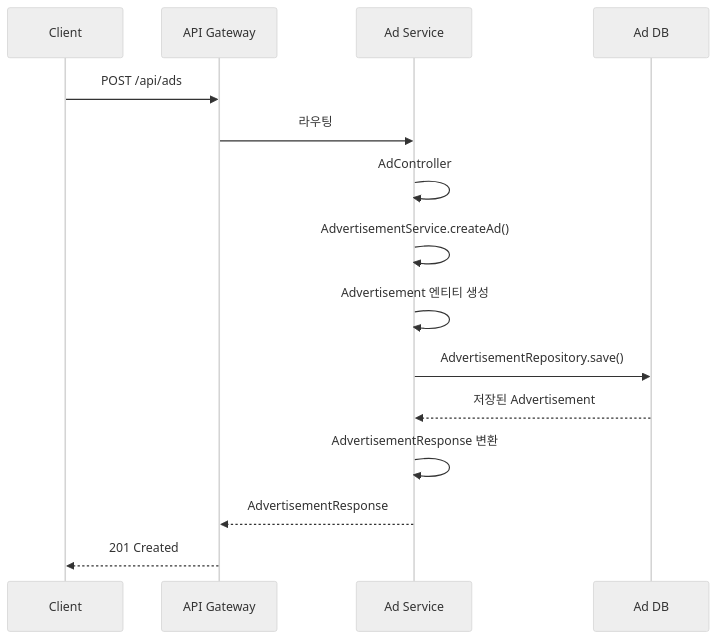
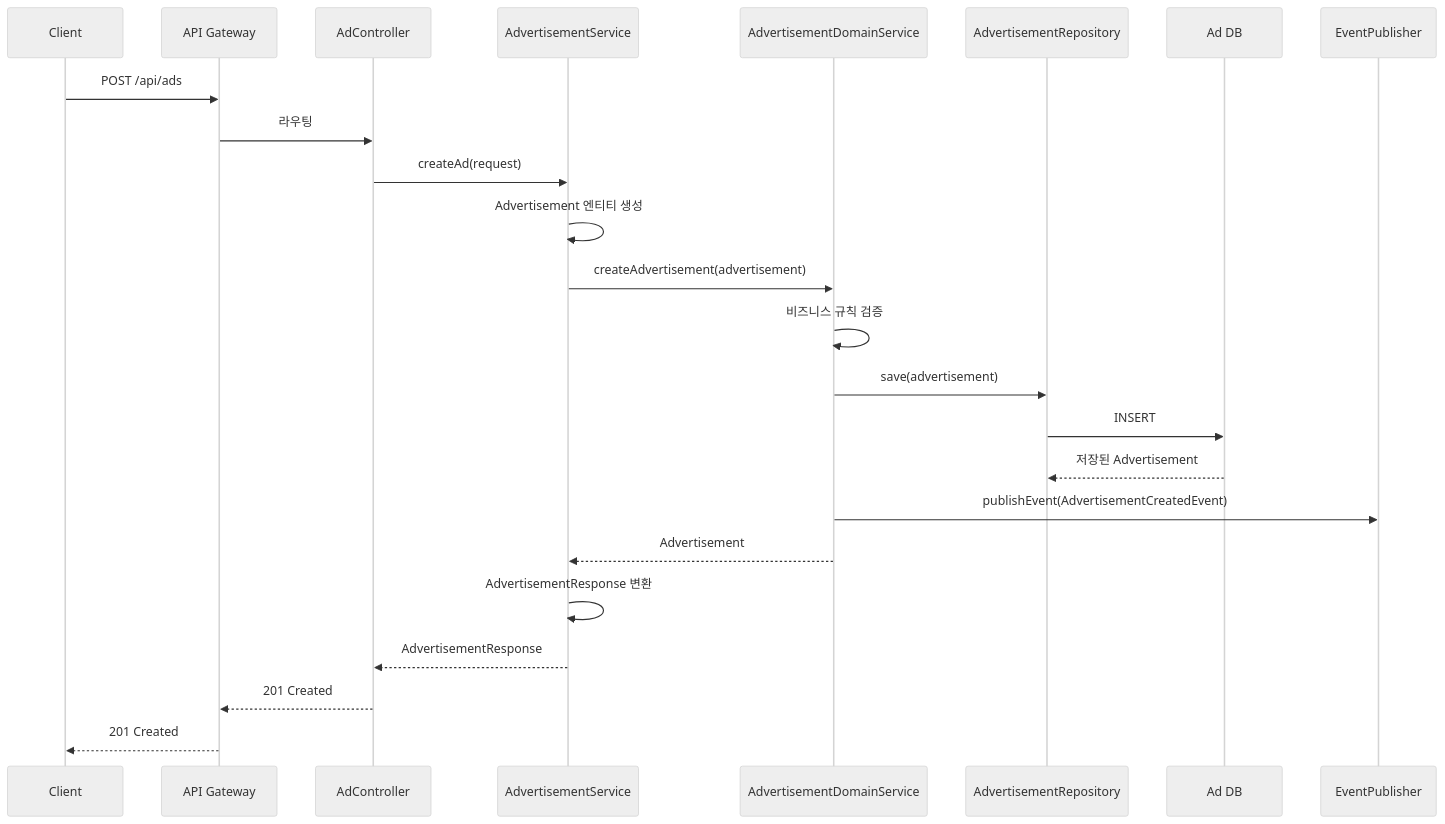
Before and after one commit to kmkmi/spring-msa-ddd: the seventh of 11 diagrams in README.md, drawn with Mermaid (neutral theme). The commit also changed other lines of this file and 55 other files, not shown here.

````diff
--- a/README.md
+++ b/README.md
@@ -301,18 +444,27 @@
 ```mermaid
 sequenceDiagram
     participant Client
     participant Gateway as API Gateway
-    participant Ad as Ad Service
+    participant Controller as AdController
+    participant AppService as AdvertisementService
+    participant DomainService as AdvertisementDomainService
+    participant Repository as AdvertisementRepository
     participant DB as Ad DB
+    participant EventPublisher as EventPublisher
     
     Client->>Gateway: POST /api/ads
-    Gateway->>Ad: 라우팅
-    Ad->>Ad: AdController
-    Ad->>Ad: AdvertisementService.createAd()
-    Ad->>Ad: Advertisement 엔티티 생성
-    Ad->>DB: AdvertisementRepository.save()
-    DB-->>Ad: 저장된 Advertisement
-    Ad->>Ad: AdvertisementResponse 변환
-    Ad-->>Gateway: AdvertisementResponse
+    Gateway->>Controller: 라우팅
+    Controller->>AppService: createAd(request)
+    AppService->>AppService: Advertisement 엔티티 생성
+    AppService->>DomainService: createAdvertisement(advertisement)
+    DomainService->>DomainService: 비즈니스 규칙 검증
+    DomainService->>Repository: save(advertisement)
+    Repository->>DB: INSERT
+    DB-->>Repository: 저장된 Advertisement
+    DomainService->>EventPublisher: publishEvent(AdvertisementCreatedEvent)
+    DomainService-->>AppService: Advertisement
+    AppService->>AppService: AdvertisementResponse 변환
+    AppService-->>Controller: AdvertisementResponse
+    Controller-->>Gateway: 201 Created
     Gateway-->>Client: 201 Created
 ```
````
